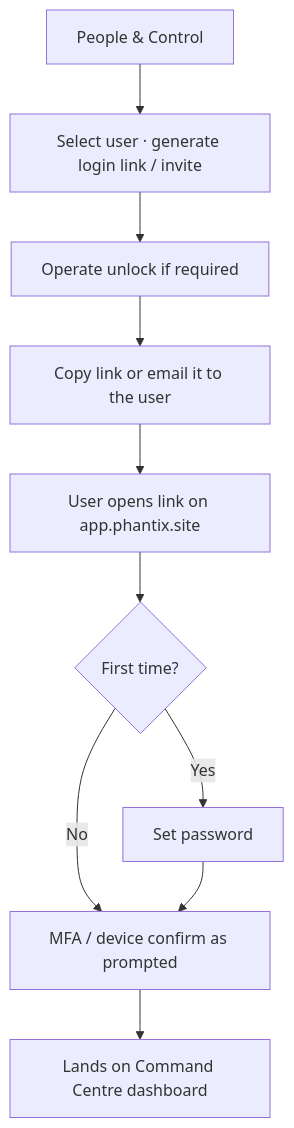
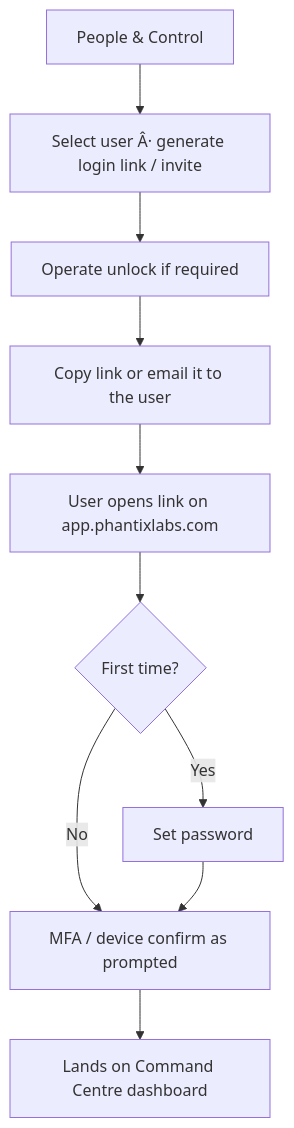
Before and after one commit to Phantom-Fort/Phantix-Frontend: the diagram in docs/how-to/platform/05-issue-app-login-link.md, drawn with Mermaid. The commit also changed other lines of this file and 36 other files, not shown here.

````diff
--- a/docs/how-to/platform/05-issue-app-login-link.md
+++ b/docs/how-to/platform/05-issue-app-login-link.md
@@ -10,12 +10,12 @@
 ```mermaid
 flowchart TD
-  A[People & Control] --> B[Select user · generate login link / invite]
+  A[People & Control] --> B[Select user Â· generate login link / invite]
   B --> C[Operate unlock if required]
   C --> D[Copy link or email it to the user]
-  D --> E[User opens link on app.phantix.site]
+  D --> E[User opens link on app.phantixlabs.com]
   E --> F{First time?}
   F -->|Yes| G[Set password]
   F -->|No| H[MFA / device confirm as prompted]
   G --> H
   H --> I[Lands on Command Centre dashboard]
 ```
````
